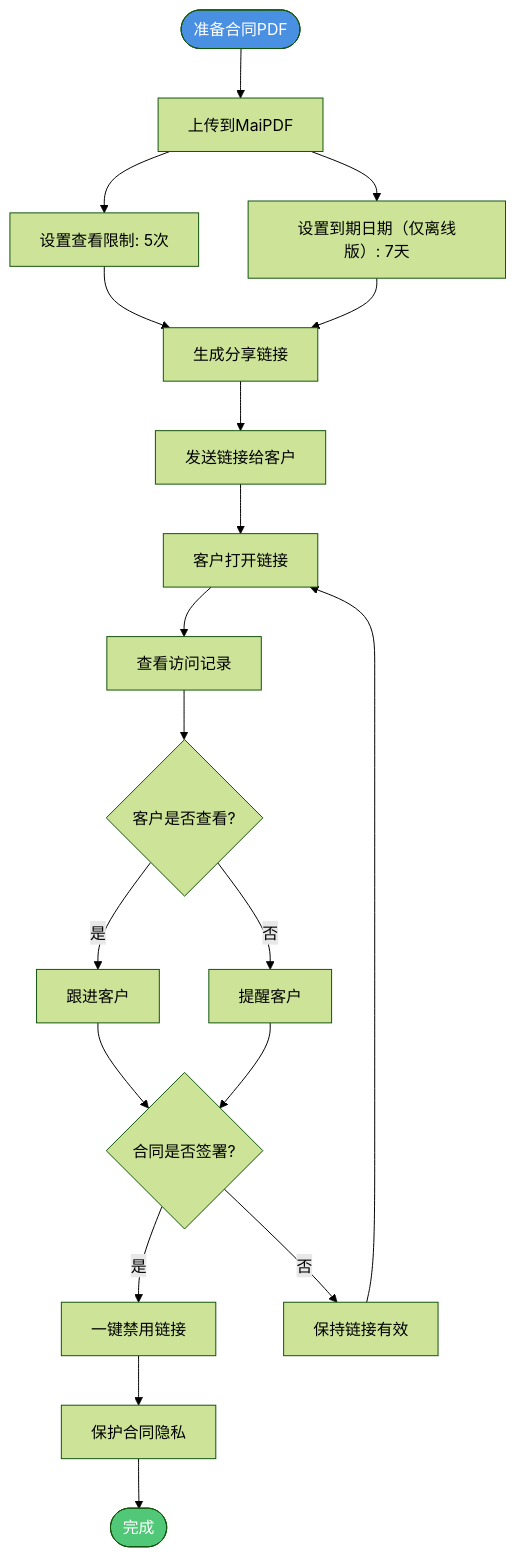
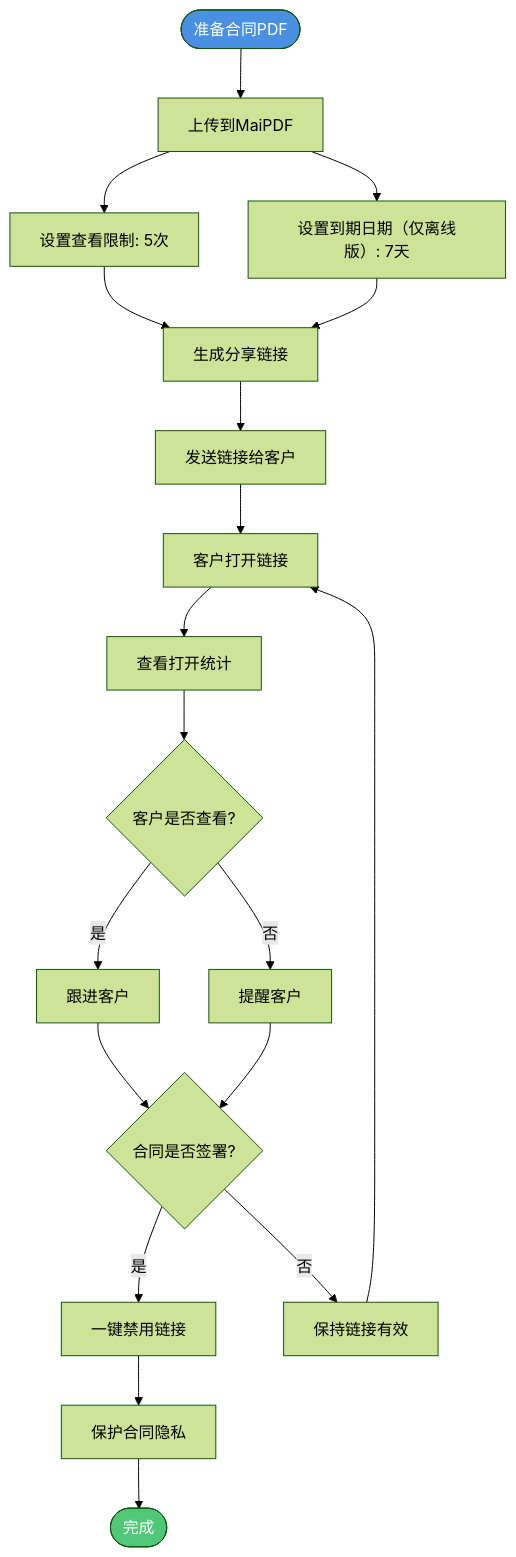
One commit to mythenigma/cloudflareAstro changed the ninth of 12 diagrams in src/content/blog/cn/pdf-sharing-introduction.md. Above: the diagram before and after it, drawn with Mermaid (forest theme). The commit also changed other lines of this file and 353 other files, not shown here.

````diff
--- a/src/content/blog/cn/pdf-sharing-introduction.md
+++ b/src/content/blog/cn/pdf-sharing-introduction.md
@@ -289,24 +289,24 @@
 ```mermaid
 flowchart TD
     Start([准备合同PDF]) --> A[上传到MaiPDF]
     A --> B[设置查看限制: 5次]
     A --> C[设置到期日期（仅离线版）: 7天]
     B --> D[生成分享链接]
     C --> D
     D --> E[发送链接给客户]
     E --> F[客户打开链接]
-    F --> G[查看访问记录]
+    F --> G[查看打开统计]
     G --> H{客户是否查看?}
     H -->|是| I[跟进客户]
     H -->|否| J[提醒客户]
     I --> K{合同是否签署?}
     J --> K
     K -->|是| L[一键禁用链接]
     K -->|否| M[保持链接有效]
     L --> N[保护合同隐私]
     N --> End([完成])
     M --> F
     
     style Start fill:#4A90E2,color:#fff
     style End fill:#50C878,color:#fff
 ```
````
